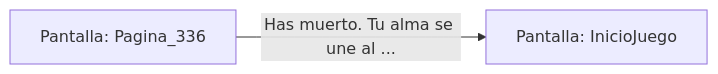
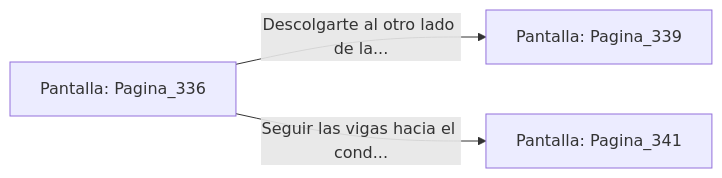
The diagram in sample/eligejuego-vault/Pantalla_Pagina_336.md (metsuke/mpl), drawn with Mermaid before and after one commit. The commit also changed other lines of this file and 635 other files, not shown here.

First line of the commit message:
fix: añadir Pagina_1 como pantalla inicial en capitulo_01.mpl

````diff
--- a/sample/eligejuego-vault/Pantalla_Pagina_336.md
+++ b/sample/eligejuego-vault/Pantalla_Pagina_336.md
@@ -17,5 +22,6 @@
 ```mermaid
 graph LR
     P_Pagina_336["Pantalla: Pagina_336"]
-    P_Pagina_336 -->|"Has muerto. Tu alma se une al ..."| P_InicioJuego["Pantalla: InicioJuego"]
+    P_Pagina_336 -->|"Descolgarte al otro lado de la..."| P_Pagina_339["Pantalla: Pagina_339"]
+    P_Pagina_336 -->|"Seguir las vigas hacia el cond..."| P_Pagina_341["Pantalla: Pagina_341"]
 ```
````
